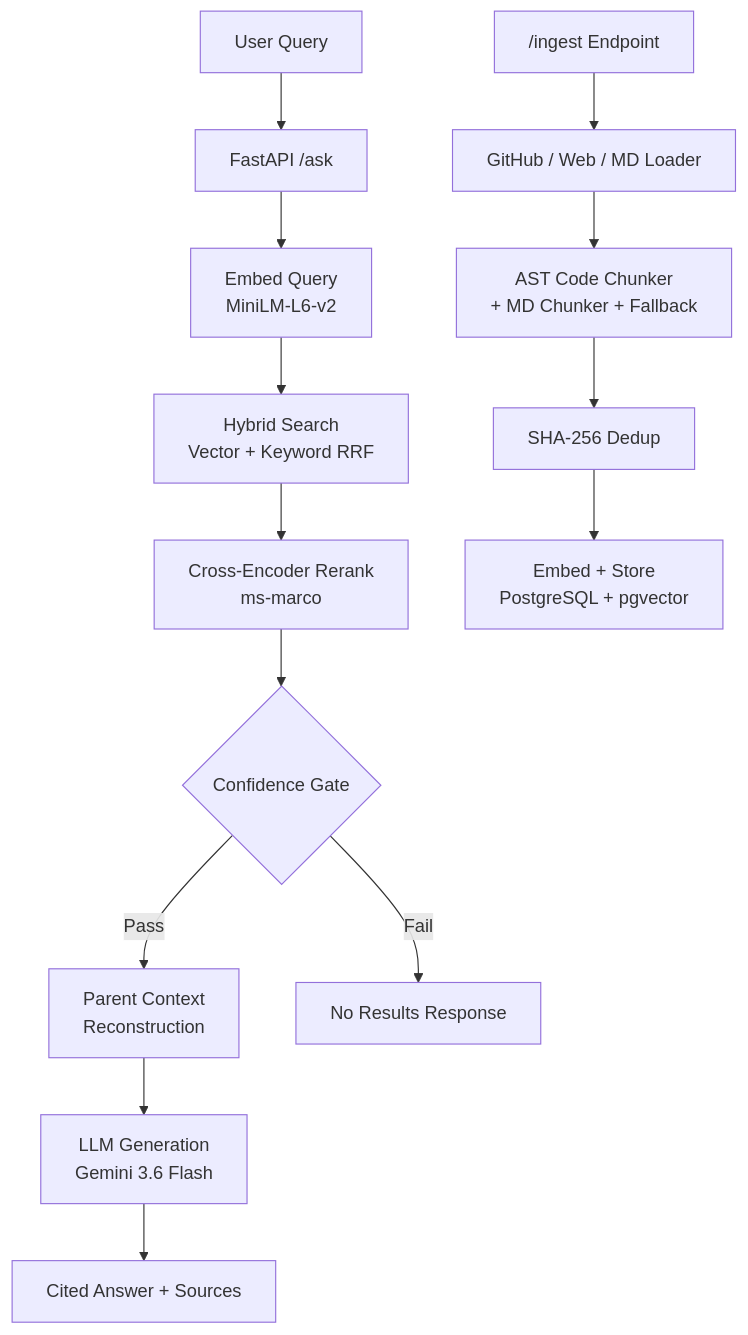
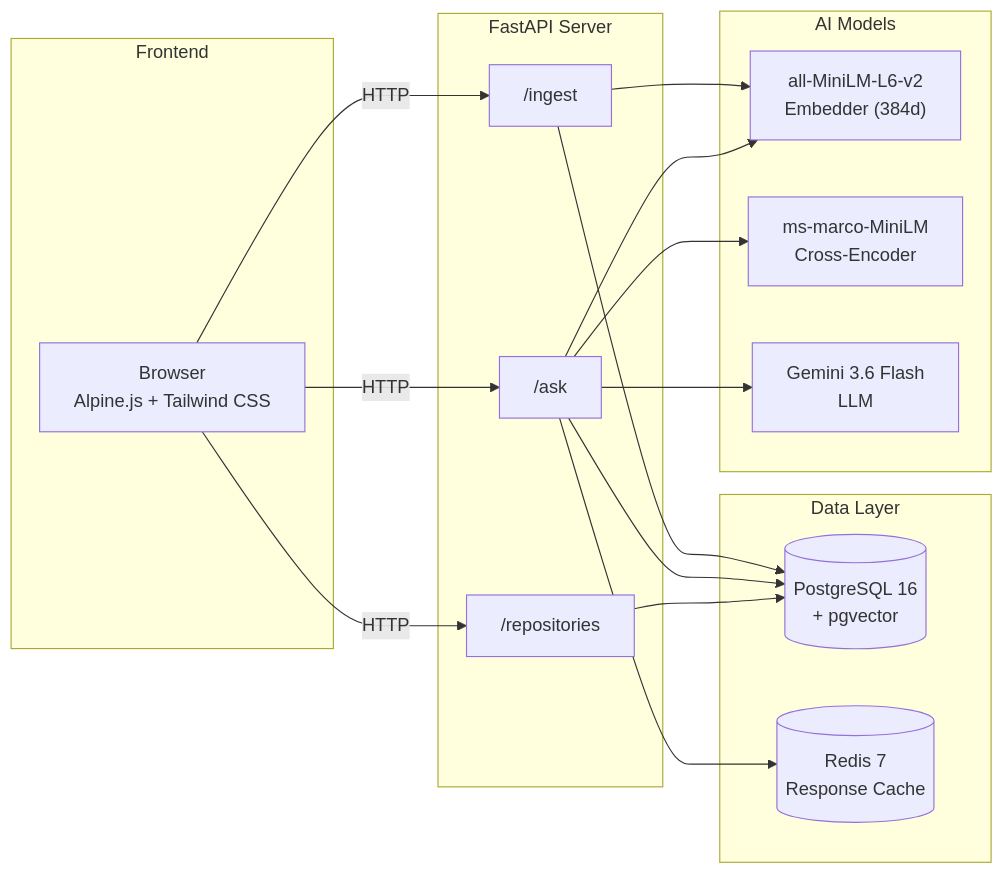
One commit to Anuj0725/CodeLens changed the first of 3 diagrams in README.md. Above: the diagram before and after it, drawn with Mermaid. The commit also changed other lines of this file, not shown here.

First line of the commit message:
docs: rewrite README with detailed architecture diagrams and full API reference

````diff
--- a/README.md
+++ b/README.md
@@ -45,17 +35,35 @@
 ```mermaid
-graph TD
-    A[User Query] --> B["FastAPI /ask"]
-    B --> C["Embed Query<br>MiniLM-L6-v2"]
-    C --> D[Hybrid Search<br>Vector + Keyword RRF]
-    D --> E[Cross-Encoder Rerank<br>ms-marco]
-    E --> F{Confidence Gate}
-    F -->|Pass| G[Parent Context<br>Reconstruction]
-    F -->|Fail| H[No Results Response]
-    G --> I["LLM Generation<br>Gemini 3.6 Flash"]
-    I --> J[Cited Answer + Sources]
+graph LR
+    subgraph Frontend
+        A["Browser<br>Alpine.js + Tailwind CSS"]
+    end
 
-    K["/ingest Endpoint"] --> L["GitHub / Web / MD Loader"]
-    L --> M["AST Code Chunker<br>+ MD Chunker + Fallback"]
-    M --> N[SHA-256 Dedup]
-    N --> O["Embed + Store<br>PostgreSQL + pgvector"]
+    subgraph API["FastAPI Server"]
+        B["/ingest"]
+        C["/ask"]
+        D["/repositories"]
+    end
+
+    subgraph Data["Data Layer"]
+        E[("PostgreSQL 16<br>+ pgvector")]
+        F[("Redis 7<br>Response Cache")]
+    end
+
+    subgraph AI["AI Models"]
+        G["all-MiniLM-L6-v2<br>Embedder (384d)"]
+        H["ms-marco-MiniLM<br>Cross-Encoder"]
+        I["Gemini 3.6 Flash<br>LLM"]
+    end
+
+    A -- "HTTP" --> B
+    A -- "HTTP" --> C
+    A -- "HTTP" --> D
+    B --> G
+    B --> E
+    C --> G
+    C --> H
+    C --> I
+    C --> E
+    C --> F
+    D --> E
 ```
````
